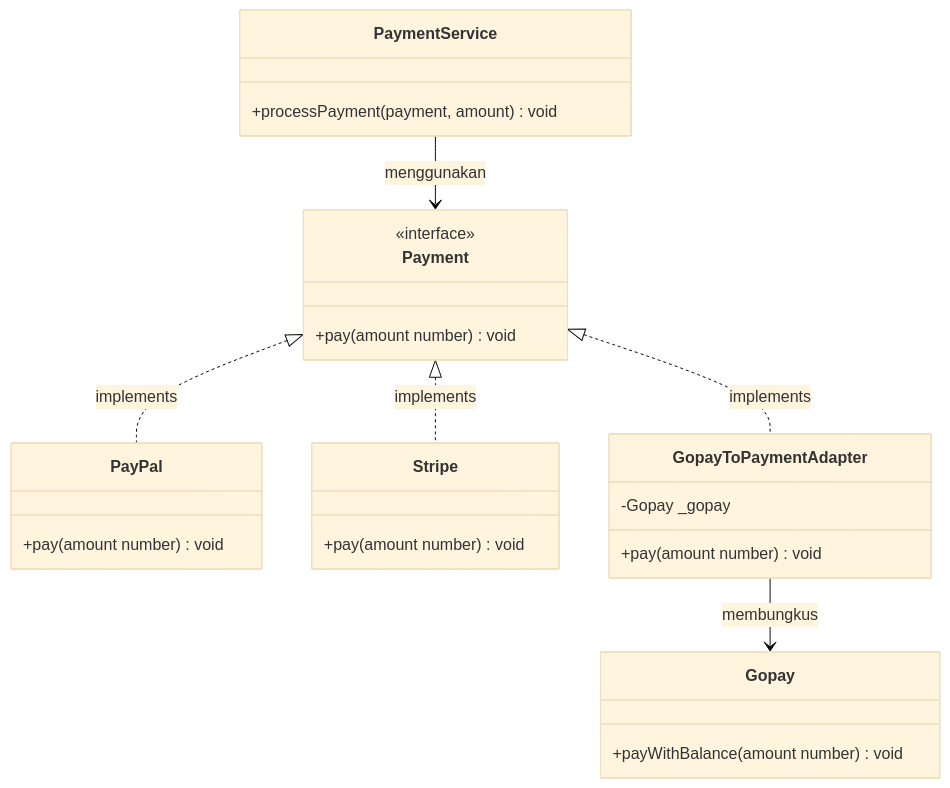
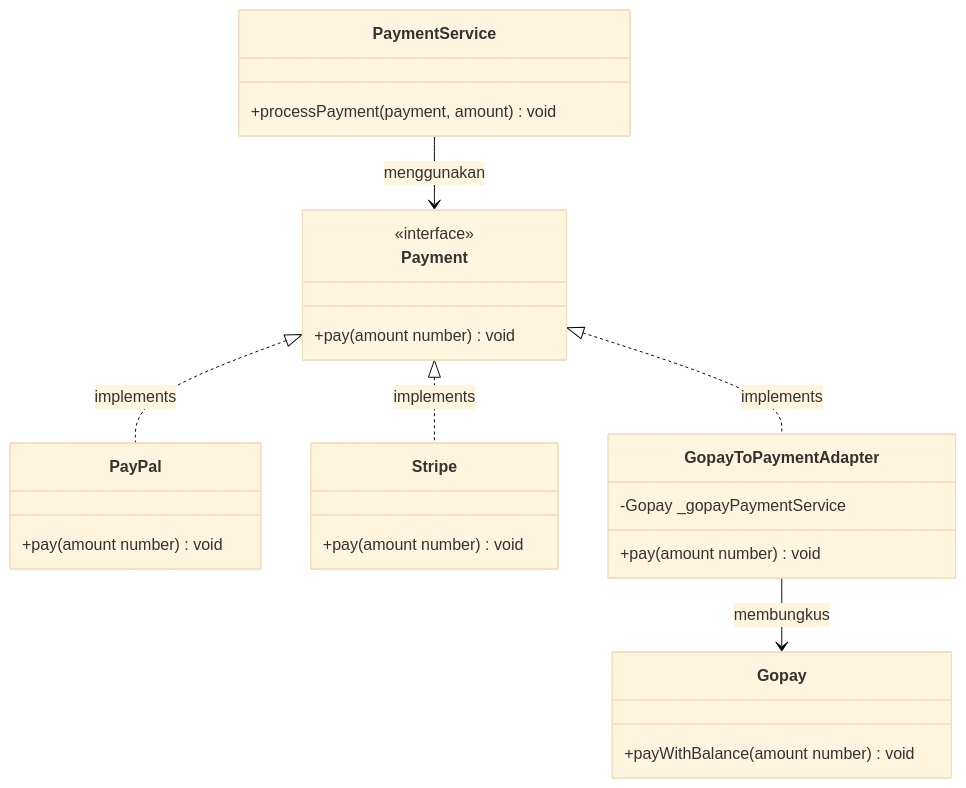
Before and after one commit to Yanzz231/SatuBlog: the first of 2 diagrams in docs/Software Architecture/structural-design-patterns.mdx, drawn with Mermaid (base theme). The commit also changed other lines of this file and 4 other files, not shown here.

Commit message:
docs: remake dokumentasi software architecture

````diff
--- a/docs/Software Architecture/structural-design-patterns.mdx
+++ b/docs/Software Architecture/structural-design-patterns.mdx
@@ -25,29 +25,29 @@
 ```mermaid
 classDiagram
   class Payment {
     <<interface>>
     +pay(amount number) void
   }
   class PaymentService {
     +processPayment(payment, amount) void
   }
   class PayPal {
     +pay(amount number) void
   }
   class Stripe {
     +pay(amount number) void
   }
   class Gopay {
     +payWithBalance(amount number) void
   }
   class GopayToPaymentAdapter {
-    -Gopay _gopay
+    -Gopay _gopayPaymentService
     +pay(amount number) void
   }
 
   Payment <|.. PayPal : implements
   Payment <|.. Stripe : implements
   Payment <|.. GopayToPaymentAdapter : implements
   GopayToPaymentAdapter --> Gopay : membungkus
   PaymentService --> Payment : menggunakan
 ```
````
